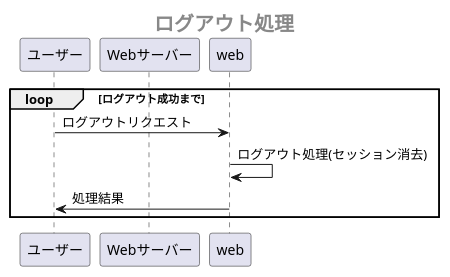
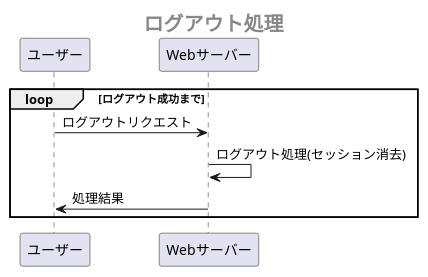
One commit to Aso2001385/NAISA changed the third of 6 diagrams in 設計書/02_業務フロー/2021-12-22BusinessFlow.md. Above: the diagram before and after it, drawn with PlantUML.

````diff
--- a/設計書/02_業務フロー/2021-12-22BusinessFlow.md
+++ b/設計書/02_業務フロー/2021-12-22BusinessFlow.md
@@ -62,14 +62,14 @@
 ```uml
 @startuml
  center header <size:20><b>ログアウト処理</b></size>
  
  participant ユーザー as user
- participant Webサーバー as we
+ participant Webサーバー as web
  
  loop ログアウト成功まで
   user -> web:ログアウトリクエスト
   web -> web:ログアウト処理(セッション消去)
   web -> user:処理結果
  end
 @enduml
 ```
````
